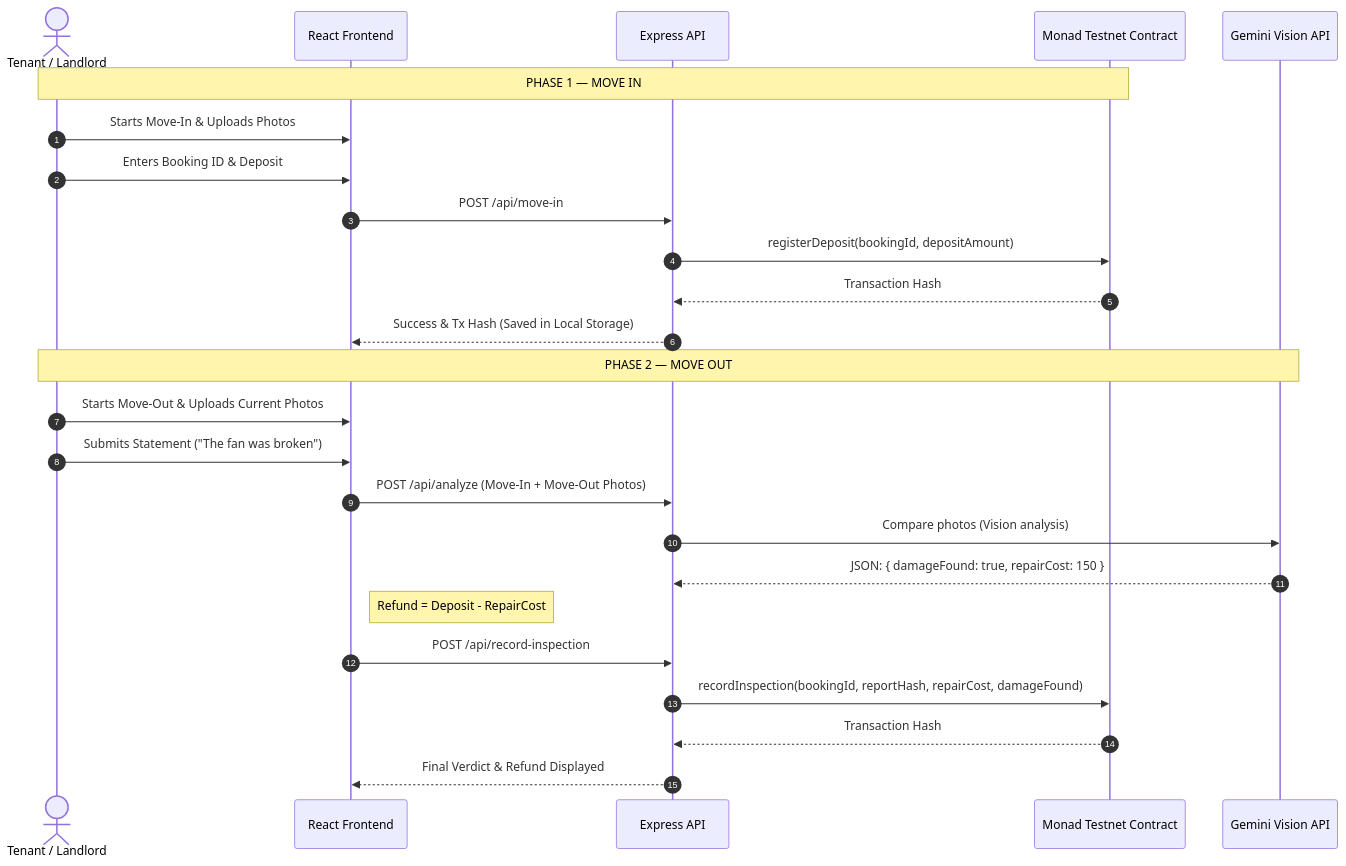
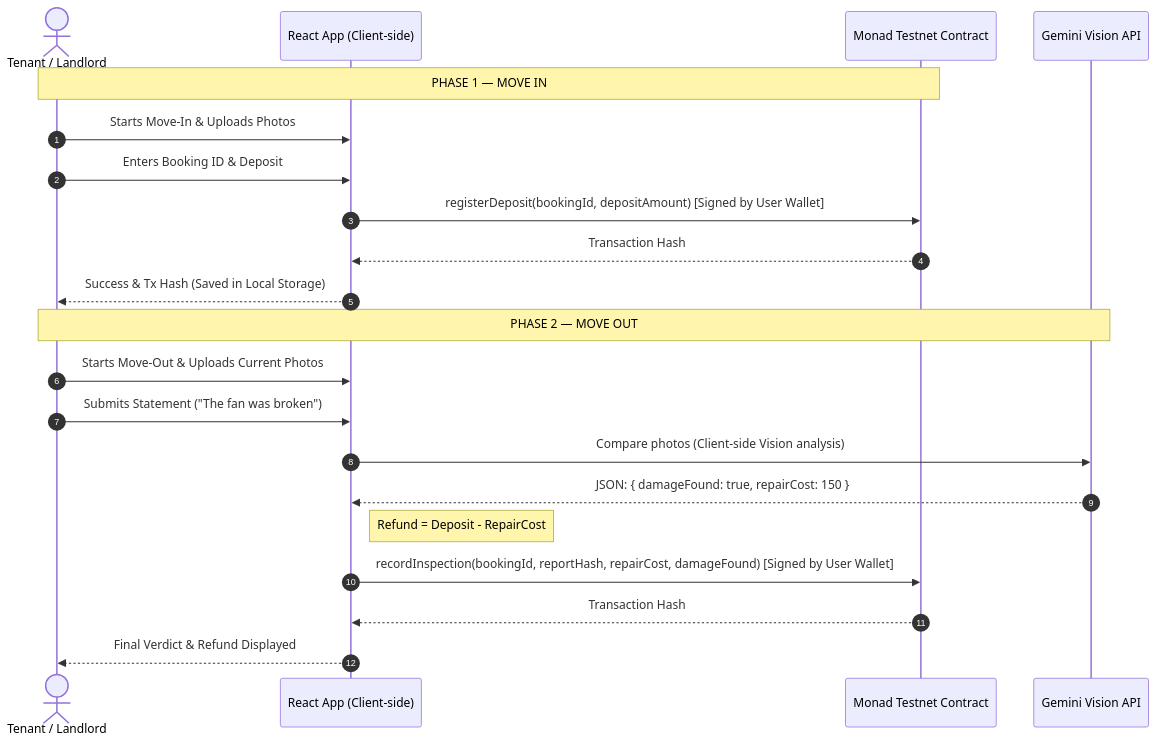
The diagram in README.md (HarshitR2004/rent-guard), drawn with Mermaid before and after one commit. The commit also changed other lines of this file and 38 other files, not shown here.

Commit message:
added add wallet flow

````diff
--- a/README.md
+++ b/README.md
@@ -25,29 +26,25 @@
 ```mermaid
 sequenceDiagram
     autonumber
     actor Tenant as Tenant / Landlord
-    participant Web as React Frontend
-    participant API as Express API
+    participant App as React App (Client-side)
     participant Monad as Monad Testnet Contract
     participant Gemini as Gemini Vision API
 
     Note over Tenant, Monad: PHASE 1 — MOVE IN
-    Tenant->>Web: Starts Move-In & Uploads Photos
-    Tenant->>Web: Enters Booking ID & Deposit
-    Web->>API: POST /api/move-in
-    API->>Monad: registerDeposit(bookingId, depositAmount)
-    Monad-->>API: Transaction Hash
-    API-->>Web: Success & Tx Hash (Saved in Local Storage)
+    Tenant->>App: Starts Move-In & Uploads Photos
+    Tenant->>App: Enters Booking ID & Deposit
+    App->>Monad: registerDeposit(bookingId, depositAmount) [Signed by User Wallet]
+    Monad-->>App: Transaction Hash
+    App-->>Tenant: Success & Tx Hash (Saved in Local Storage)
 
     Note over Tenant, Gemini: PHASE 2 — MOVE OUT
-    Tenant->>Web: Starts Move-Out & Uploads Current Photos
-    Tenant->>Web: Submits Statement ("The fan was broken")
-    Web->>API: POST /api/analyze (Move-In + Move-Out Photos)
-    API->>Gemini: Compare photos (Vision analysis)
-    Gemini-->>API: JSON: { damageFound: true, repairCost: 150 }
-    Note right of Web: Refund = Deposit - RepairCost
-    Web->>API: POST /api/record-inspection
-    API->>Monad: recordInspection(bookingId, reportHash, repairCost, damageFound)
-    Monad-->>API: Transaction Hash
-    API-->>Web: Final Verdict & Refund Displayed
+    Tenant->>App: Starts Move-Out & Uploads Current Photos
+    Tenant->>App: Submits Statement ("The fan was broken")
+    App->>Gemini: Compare photos (Client-side Vision analysis)
+    Gemini-->>App: JSON: { damageFound: true, repairCost: 150 }
+    Note right of App: Refund = Deposit - RepairCost
+    App->>Monad: recordInspection(bookingId, reportHash, repairCost, damageFound) [Signed by User Wallet]
+    Monad-->>App: Transaction Hash
+    App-->>Tenant: Final Verdict & Refund Displayed
 ```
````
